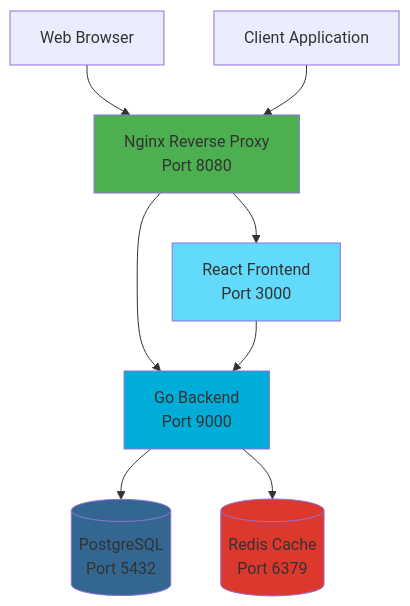
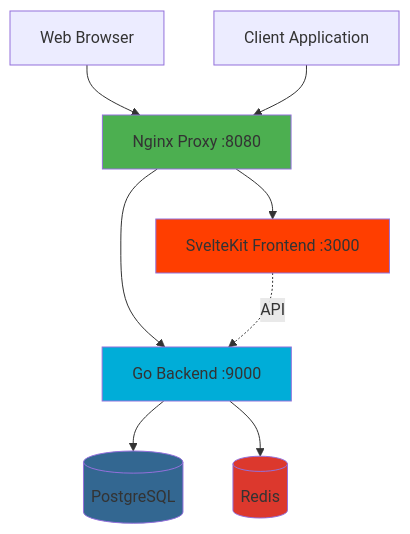
The first of 3 diagrams in README.md (royzah/OryxID), drawn with Mermaid before and after one commit. The commit also changed other lines of this file and 136 other files, not shown here.

````diff
--- a/README.md
+++ b/README.md
@@ -7,24 +7,24 @@
 ```mermaid
 graph TB
     Client[Client Application]
     Browser[Web Browser]
-    Nginx[Nginx Reverse Proxy<br/>Port 8080]
-    Frontend[React Frontend<br/>Port 3000]
-    Backend[Go Backend<br/>Port 9000]
-    DB[(PostgreSQL<br/>Port 5432)]
-    Redis[(Redis Cache<br/>Port 6379)]
+    Nginx[Nginx Proxy :8080]
+    Frontend[SvelteKit Frontend :3000]
+    Backend[Go Backend :9000]
+    DB[(PostgreSQL)]
+    Redis[(Redis)]
 
     Browser --> Nginx
     Client --> Nginx
     Nginx --> Frontend
     Nginx --> Backend
     Backend --> DB
     Backend --> Redis
-    Frontend --> Backend
+    Frontend -.->|API| Backend
 
     style Nginx fill:#4CAF50
     style Backend fill:#00ADD8
-    style Frontend fill:#61DAFB
+    style Frontend fill:#FF3E00
     style DB fill:#336791
     style Redis fill:#DC382D
 ```
````
